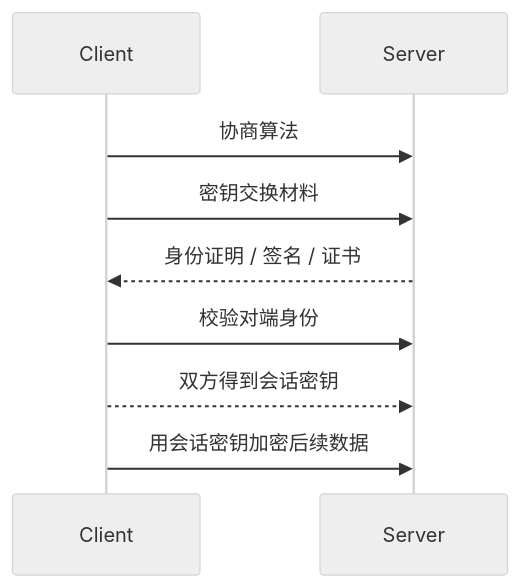
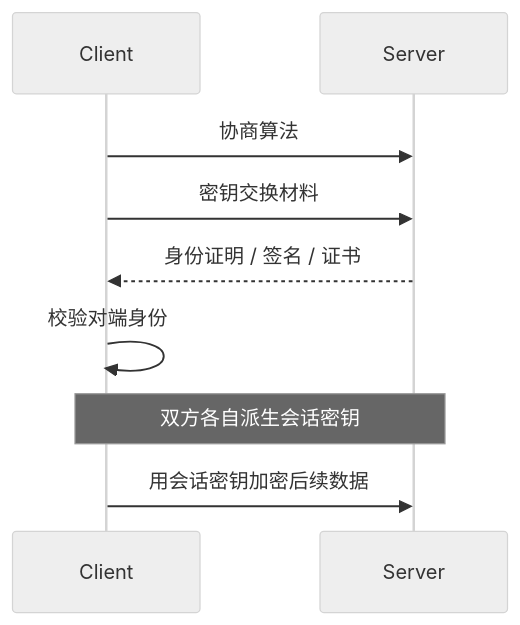
One commit to gsjz/notebook changed the second of 5 diagrams in docs/public/cs/ssh-overview.md. Above: the diagram before and after it, drawn with Mermaid (neutral theme). The commit also changed other lines of this file and 23 other files, not shown here.

````diff
--- a/docs/public/cs/ssh-overview.md
+++ b/docs/public/cs/ssh-overview.md
@@ -67,11 +62,11 @@
 ```mermaid
 sequenceDiagram
   participant C as Client
   participant S as Server
   C->>S: 协商算法
   C->>S: 密钥交换材料
   S-->>C: 身份证明 / 签名 / 证书
-  C->>S: 校验对端身份
-  C-->>S: 双方得到会话密钥
+  C->>C: 校验对端身份
+  Note over C,S: 双方各自派生会话密钥
   C->>S: 用会话密钥加密后续数据
 ```
````
